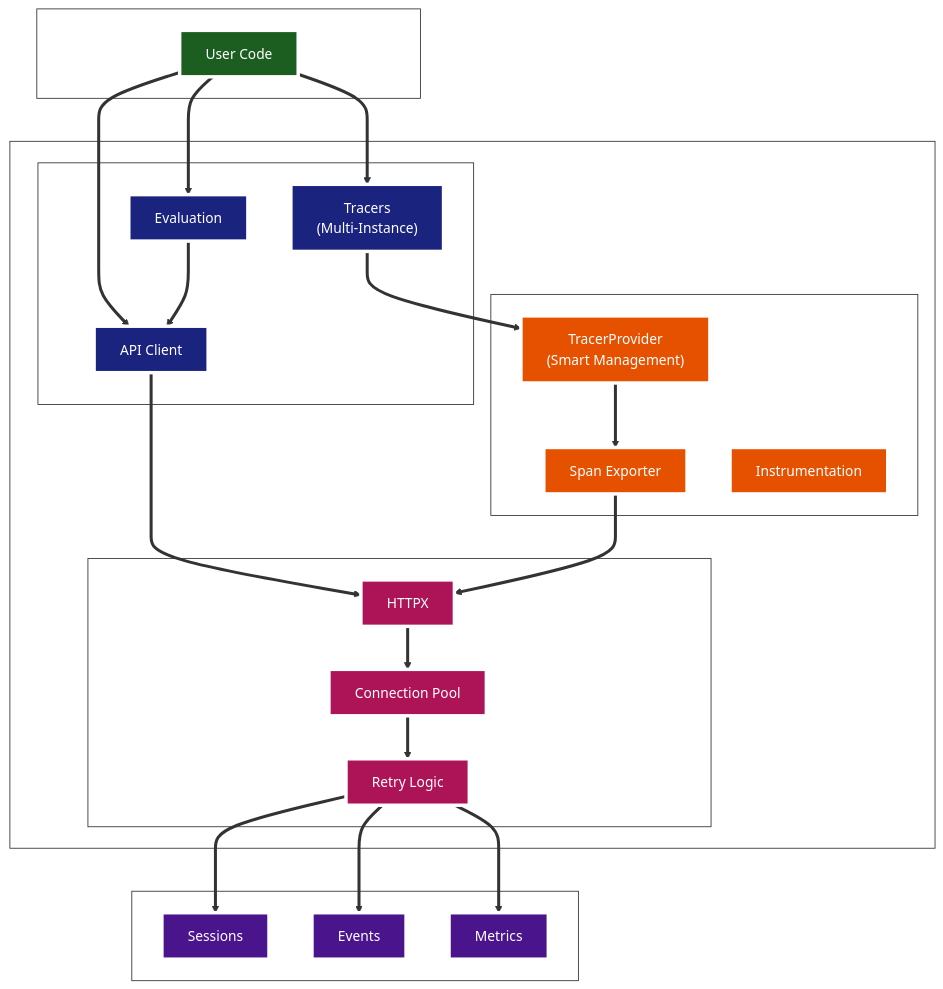
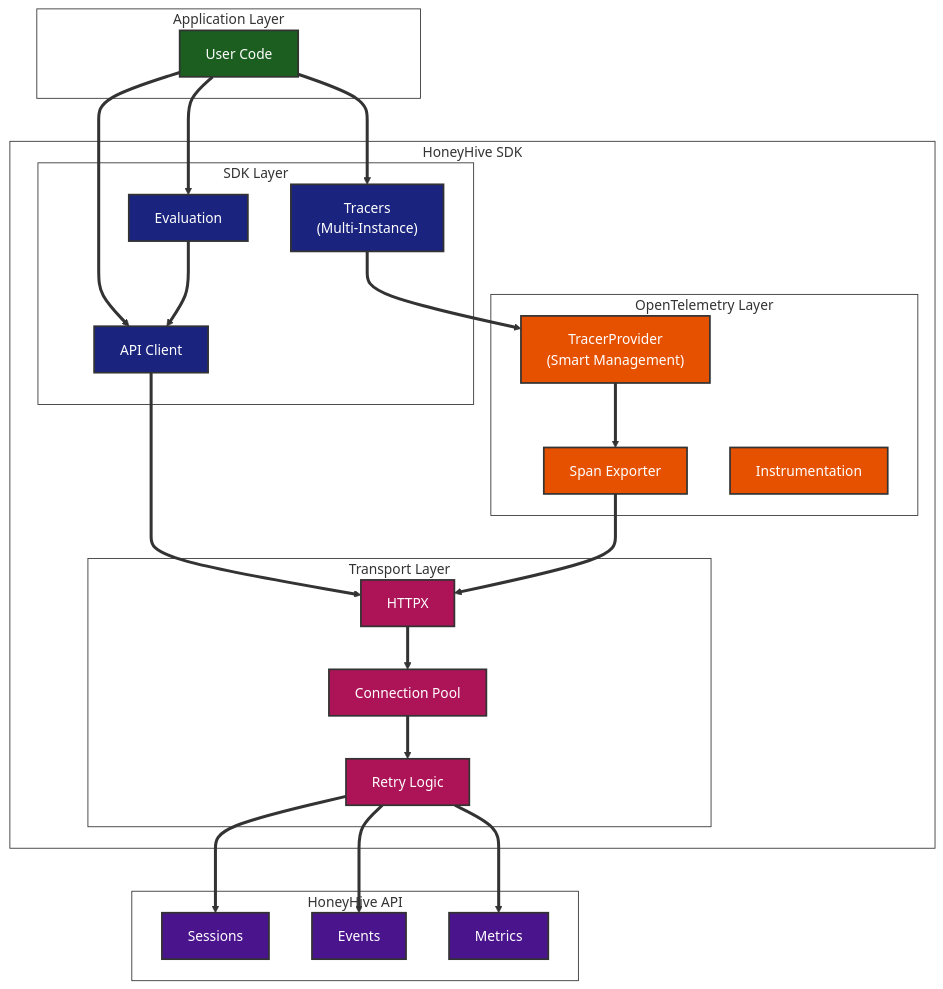
The diagram in docs/explanation/architecture/overview.rst (honeyhiveai/python-sdk), drawn with Mermaid before and after one commit. The commit also changed 44 other files, not shown here.

```diff
--- a/docs/explanation/architecture/overview.rst
+++ b/docs/explanation/architecture/overview.rst
@@ -19,62 +19,62 @@
 .. mermaid::
 
-   %%{init: {'theme':'base', 'themeVariables': {'primaryColor': '#4F81BD', 'primaryTextColor': '#ffffff', 'primaryBorderColor': '#333333', 'lineColor': '#333333', 'mainBkg': 'transparent', 'secondBkg': 'transparent', 'tertiaryColor': 'transparent', 'clusterBkg': 'transparent', 'clusterBorder': '#333333', 'edgeLabelBackground': 'transparent', 'background': 'transparent'}, 'flowchart': {'linkColor': '#333333', 'linkWidth': 2}}}%%
+   %%{init: {'theme':'base', 'themeVariables': {'primaryColor': '#1565c0', 'primaryTextColor': '#ffffff', 'primaryBorderColor': '#333333', 'lineColor': '#333333', 'secondaryColor': '#2e7d32', 'tertiaryColor': '#ef6c00', 'background': 'transparent', 'mainBkg': 'transparent', 'secondBkg': 'transparent', 'nodeBkg': '#1565c0', 'nodeBorder': '#333333', 'clusterBkg': 'transparent', 'clusterBorder': '#333333', 'defaultLinkColor': '#333333', 'titleColor': '#333333', 'edgeLabelBackground': 'transparent', 'nodeTextColor': '#ffffff'}, 'flowchart': {'linkColor': '#333333', 'linkWidth': 2}}}%%
    graph TB
        subgraph "Application Layer"
            UA[User Code]
        end
        
        subgraph "HoneyHive SDK"
            subgraph "SDK Layer"
                T["Tracers<br/>(Multi-Instance)"] 
                API[API Client]
                E[Evaluation]
            end
            
            subgraph "OpenTelemetry Layer"
                TP["TracerProvider<br/>(Smart Management)"]
                SE[Span Exporter]
                I[Instrumentation]
            end
            
            subgraph "Transport Layer"
                H[HTTPX]
                CP[Connection Pool]
                R[Retry Logic]
            end
        end
        
        subgraph "HoneyHive API"
            S[Sessions]
            EV[Events]
            M[Metrics]
        end
        
        UA ==> T
        UA ==> API
        UA ==> E
        
        T ==> TP
        API ==> H
        E ==> API
        
        TP ==> SE
        SE ==> H
        H ==> CP
        CP ==> R
        
        R ==> S
        R ==> EV
        R ==> M
        
-       classDef sdkLayer fill:#1a237e,stroke:#ffffff,stroke-width:4px,color:#ffffff
-       classDef otelLayer fill:#e65100,stroke:#ffffff,stroke-width:4px,color:#ffffff
-       classDef transportLayer fill:#ad1457,stroke:#ffffff,stroke-width:4px,color:#ffffff
-       classDef apiLayer fill:#4a148c,stroke:#ffffff,stroke-width:4px,color:#ffffff
-       classDef userLayer fill:#1b5e20,stroke:#ffffff,stroke-width:4px,color:#ffffff
+       classDef sdkLayer fill:#1a237e,stroke:#333333,stroke-width:2px,color:#ffffff
+       classDef otelLayer fill:#e65100,stroke:#333333,stroke-width:2px,color:#ffffff
+       classDef transportLayer fill:#ad1457,stroke:#333333,stroke-width:2px,color:#ffffff
+       classDef apiLayer fill:#4a148c,stroke:#333333,stroke-width:2px,color:#ffffff
+       classDef userLayer fill:#1b5e20,stroke:#333333,stroke-width:2px,color:#ffffff
        
        class T,API,E sdkLayer
        class TP,SE,I otelLayer
        class H,CP,R transportLayer
        class S,EV,M apiLayer
        class UA userLayer
```
